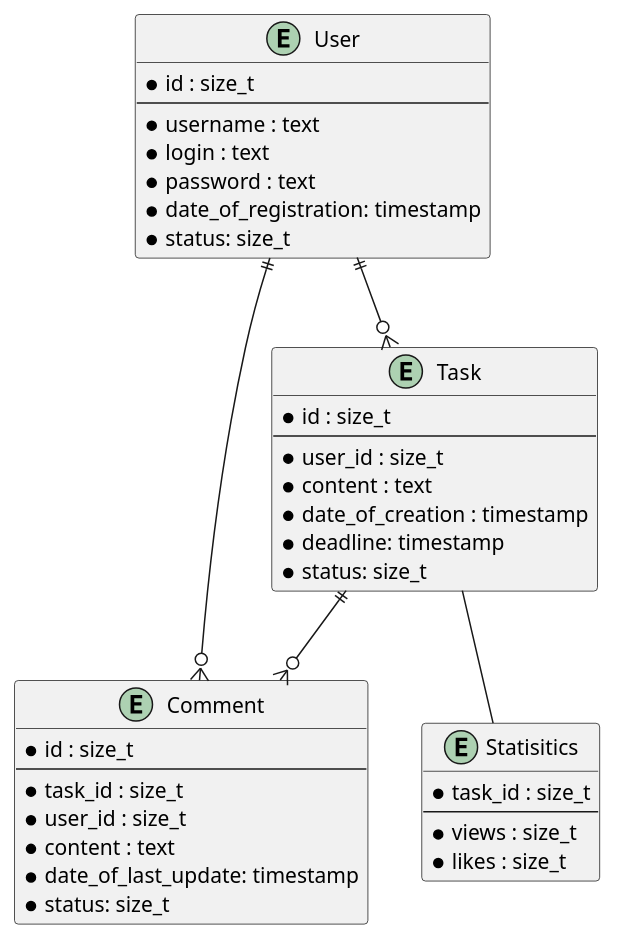
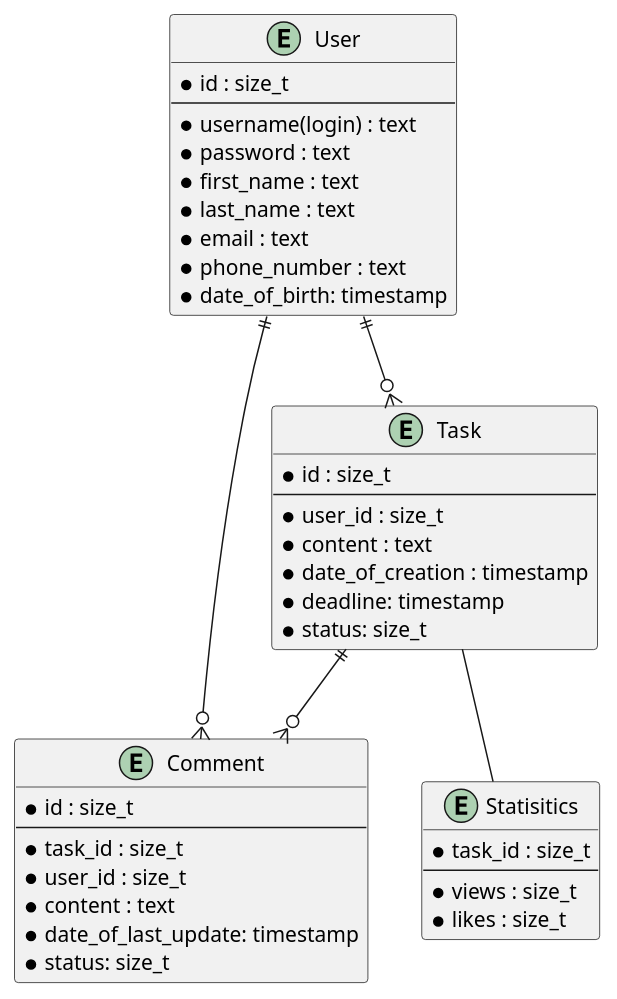
One commit to Owltop/task_manager changed the diagram in doc/entities.puml. Above: the diagram before and after it, drawn with PlantUML. The commit also changed 3234 other files, not shown here.

```diff
--- a/doc/entities.puml
+++ b/doc/entities.puml
@@ -1,46 +1,48 @@
 @startuml
 
 entity "User" as user {
   *id : size_t
   --
-  *username : text
-  *login : text
+  *username(login) : text
   *password : text
-  *date_of_registration: timestamp
-  *status: size_t
+  *first_name : text
+  *last_name : text
+  *email : text
+  *phone_number : text
+  *date_of_birth: timestamp
 }
 
 entity "Task" as task {
   *id : size_t
   --
   *user_id : size_t
   *content : text
   *date_of_creation : timestamp
   *deadline: timestamp
   *status: size_t
 }
 
 entity "Comment" as comment {
   *id : size_t
   --
   *task_id : size_t
   *user_id : size_t
   *content : text
   *date_of_last_update: timestamp
   *status: size_t
 }
 
 entity "Statisitics" as stat {
   *task_id : size_t
   --
   *views : size_t
   *likes : size_t
 }
 
 
 user ||--o{ task
 task -- stat
 task ||--o{ comment
 user ||--o{ comment
 
 @enduml
```
